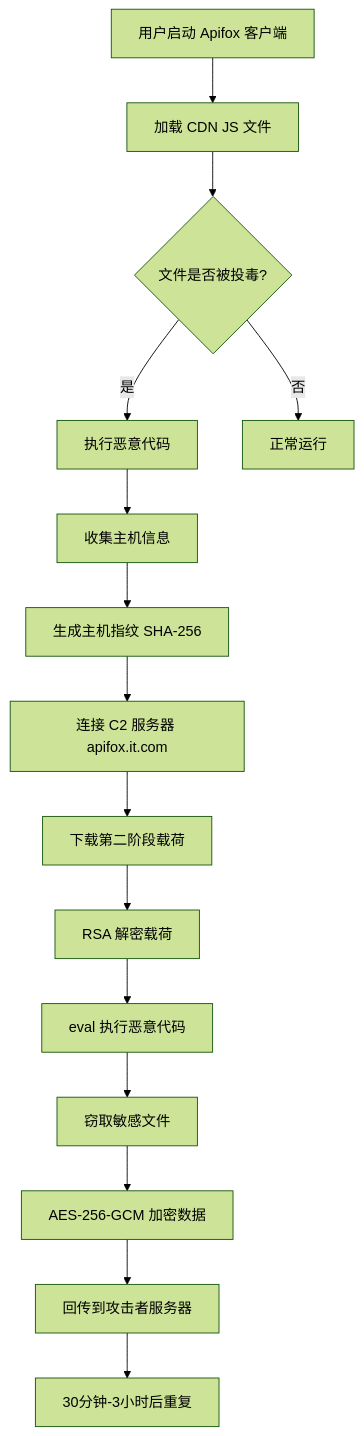
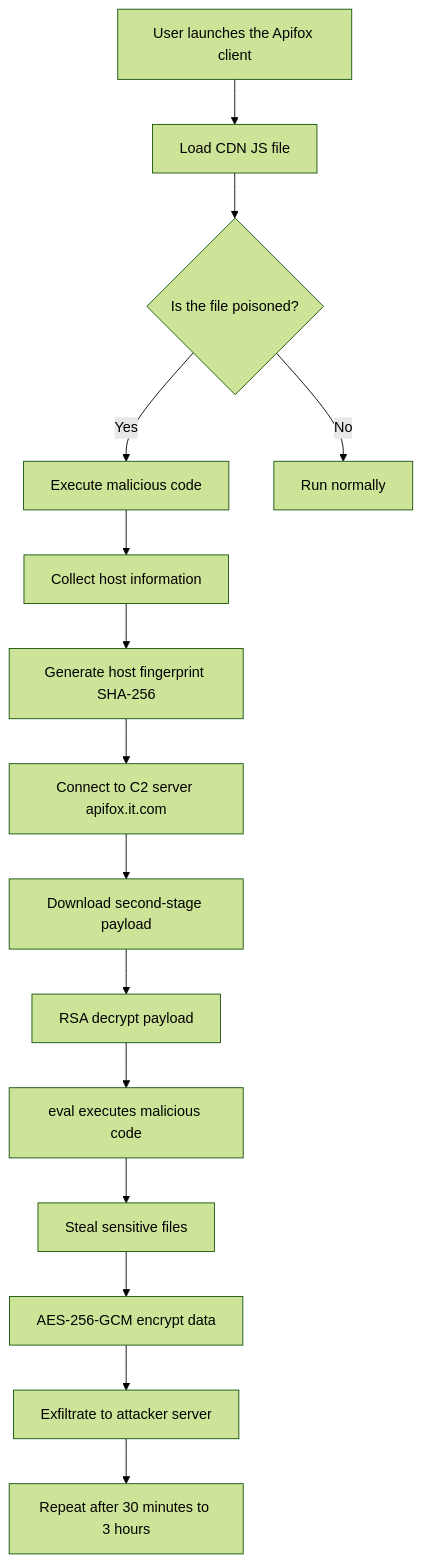
One commit to HONGLEI111/hhlblog-global changed the diagram in src/content/posts/apifox-security-incident.md. Above: the diagram before and after it, drawn with Mermaid (forest theme). The commit also changed 33 other files, not shown here.

First line of the commit message:
content(code): 翻译 mermaid 图节点标签（34 文件 / 267 处）

````diff
--- a/src/content/posts/apifox-security-incident.md
+++ b/src/content/posts/apifox-security-incident.md
@@ -91,17 +91,17 @@
 ```mermaid
 graph TD
-    A[用户启动 Apifox 客户端] --> B[加载 CDN JS 文件]
-    B --> C{文件是否被投毒?}
-    C -->|是| D[执行恶意代码]
-    C -->|否| E[正常运行]
-    D --> F[收集主机信息]
-    F --> G[生成主机指纹 SHA-256]
-    G --> H[连接 C2 服务器 apifox.it.com]
-    H --> I[下载第二阶段载荷]
-    I --> J[RSA 解密载荷]
-    J --> K[eval 执行恶意代码]
-    K --> L[窃取敏感文件]
-    L --> M[AES-256-GCM 加密数据]
-    M --> N[回传到攻击者服务器]
-    N --> O[30分钟-3小时后重复]
+    A[User launches the Apifox client] --> B[Load CDN JS file]
+    B --> C{Is the file poisoned?}
+    C -->|Yes| D[Execute malicious code]
+    C -->|No| E[Run normally]
+    D --> F[Collect host information]
+    F --> G[Generate host fingerprint SHA-256]
+    G --> H[Connect to C2 server apifox.it.com]
+    H --> I[Download second-stage payload]
+    I --> J[RSA decrypt payload]
+    J --> K[eval executes malicious code]
+    K --> L[Steal sensitive files]
+    L --> M[AES-256-GCM encrypt data]
+    M --> N[Exfiltrate to attacker server]
+    N --> O[Repeat after 30 minutes to 3 hours]
 ```
````
